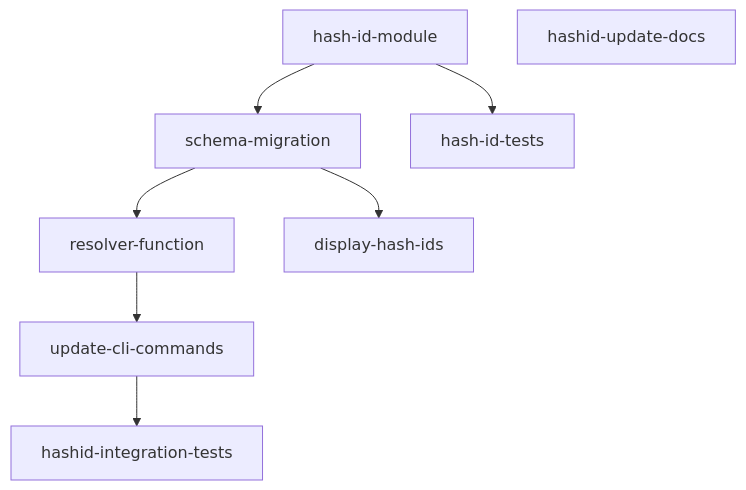
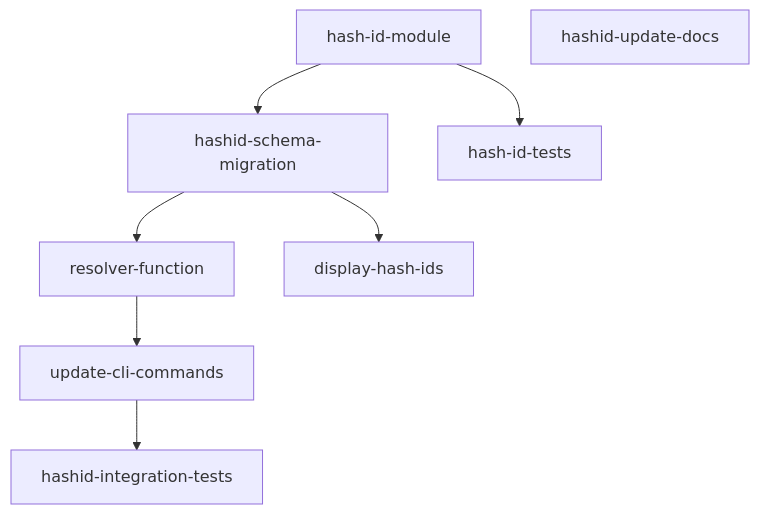
The diagram in plans/26-02-26_short_hash_task_ids.md (danalexilewis/Task-Graph), drawn with Mermaid before and after one commit. The commit also changed other lines of this file and 4 other files, not shown here.

````diff
--- a/plans/26-02-26_short_hash_task_ids.md
+++ b/plans/26-02-26_short_hash_task_ids.md
@@ -141,10 +141,10 @@
 ```mermaid
 graph TD
-  A[hash-id-module] --> C[schema-migration]
+  A[hash-id-module] --> C[hashid-schema-migration]
   A --> B[hash-id-tests]
   C --> D[resolver-function]
   C --> F[display-hash-ids]
   D --> E[update-cli-commands]
   E --> G[hashid-integration-tests]
   H[hashid-update-docs]
 ```
````
